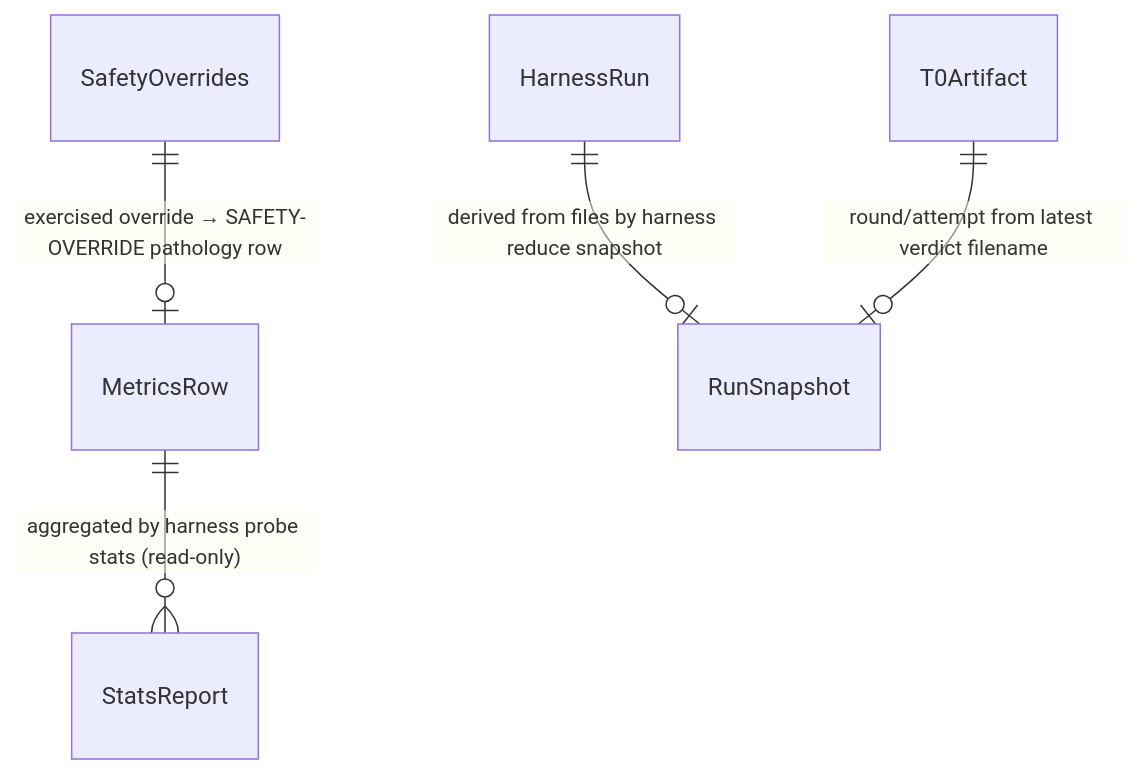
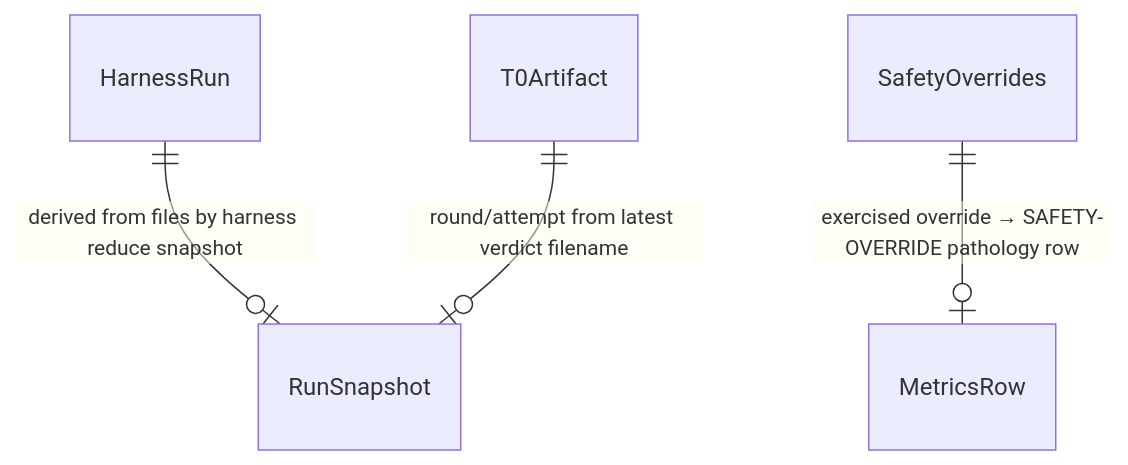
The fourth of 5 diagrams in docs/design/07-domain-erd.md (nguyenvanphituoc/shapeup-sdlc-plugin), drawn with Mermaid before and after one commit. The commit also changed other lines of this file and 24 other files, not shown here.

First line of the commit message:
refactor(kernel): retire the concurrency probe and verdict reducer and shrink stats to the hook ledger

````diff
--- a/docs/design/07-domain-erd.md
+++ b/docs/design/07-domain-erd.md
@@ -253,7 +252,6 @@
 ```mermaid
 erDiagram
-    MetricsRow ||--o{ StatsReport : "aggregated by harness probe stats (read-only)"
     HarnessRun ||--o| RunSnapshot : "derived from files by harness reduce snapshot"
     T0Artifact ||--o| RunSnapshot : "round/attempt from latest verdict filename"
     SafetyOverrides ||--o| MetricsRow : "exercised override → SAFETY-OVERRIDE pathology row"
 ```
````
